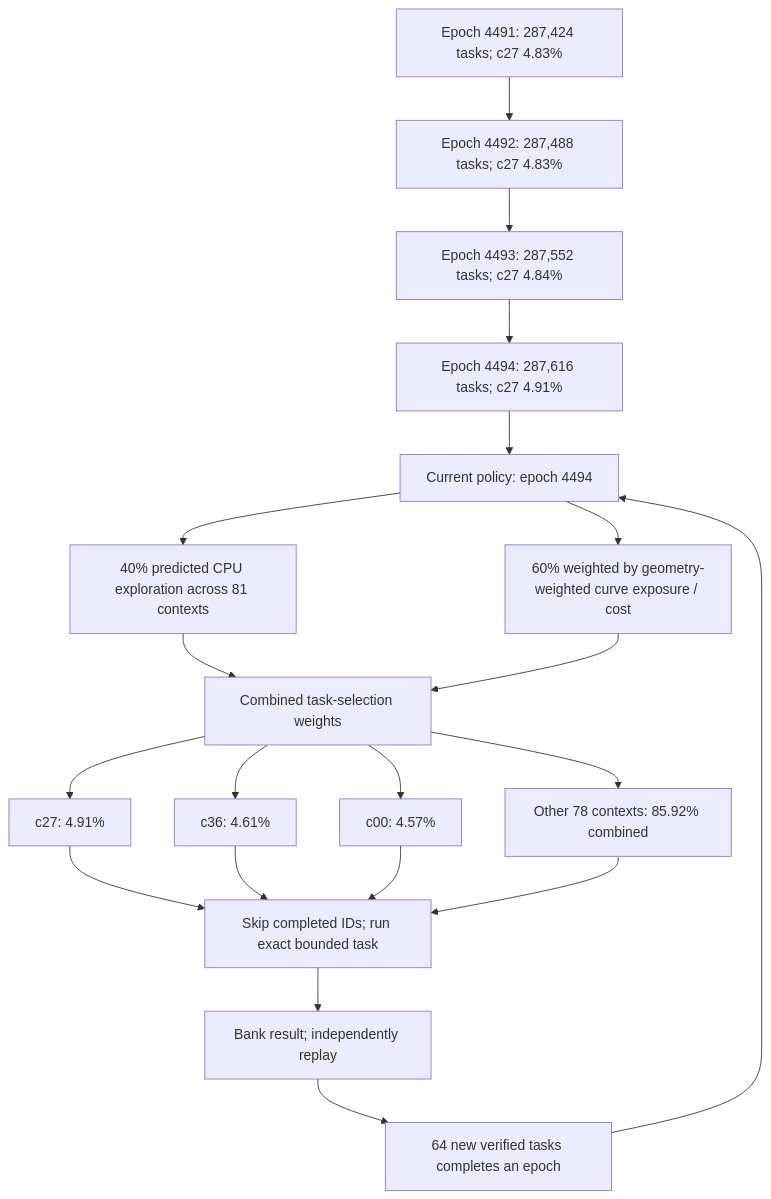
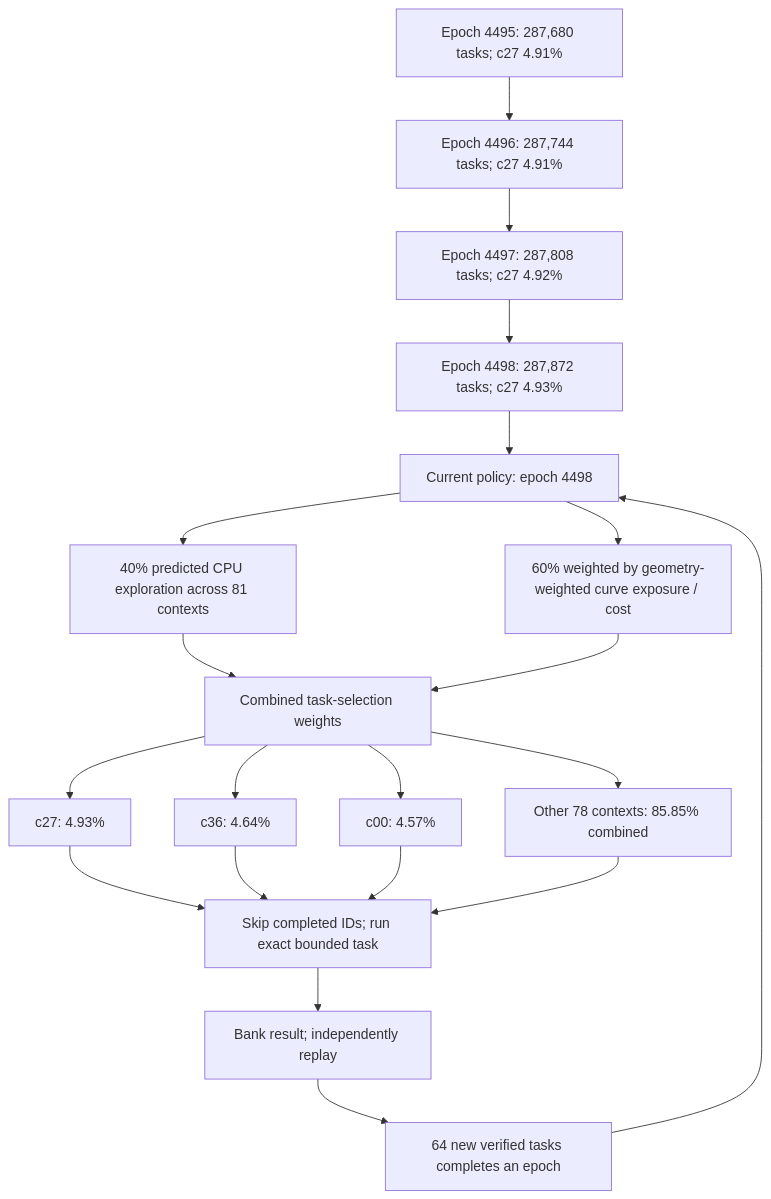
Before and after one commit to Kuberwastaken/math-gambling: the first of 3 diagrams in README.md, drawn with Mermaid. The commit also changed other lines of this file and 2728 other files, not shown here.

````diff
--- a/README.md
+++ b/README.md
@@ -60,27 +60,27 @@
 ```mermaid
 flowchart TD
-    H0["Epoch 4491: 287,424 tasks; c27 4.83%"]
-    H1["Epoch 4492: 287,488 tasks; c27 4.83%"]
+    H0["Epoch 4495: 287,680 tasks; c27 4.91%"]
+    H1["Epoch 4496: 287,744 tasks; c27 4.91%"]
     H0 --> H1
-    H2["Epoch 4493: 287,552 tasks; c27 4.84%"]
+    H2["Epoch 4497: 287,808 tasks; c27 4.92%"]
     H1 --> H2
-    H3["Epoch 4494: 287,616 tasks; c27 4.91%"]
+    H3["Epoch 4498: 287,872 tasks; c27 4.93%"]
     H2 --> H3
-    Policy["Current policy: epoch 4494"]
+    Policy["Current policy: epoch 4498"]
     H3 --> Policy
     Policy --> Explore["40% predicted CPU exploration across 81 contexts"]
     Policy --> Cost["60% weighted by geometry-weighted curve exposure / cost"]
     Explore --> Mix["Combined task-selection weights"]
     Cost --> Mix
-    Mix --> C0["c27: 4.91%"]
-    Mix --> C1["c36: 4.61%"]
+    Mix --> C0["c27: 4.93%"]
+    Mix --> C1["c36: 4.64%"]
     Mix --> C2["c00: 4.57%"]
-    Mix --> Rest["Other 78 contexts: 85.92% combined"]
+    Mix --> Rest["Other 78 contexts: 85.85% combined"]
     C0 --> Check["Skip completed IDs; run exact bounded task"]
     C1 --> Check
     C2 --> Check
     Rest --> Check
     Check --> Replay["Bank result; independently replay"]
     Replay --> Gate["64 new verified tasks completes an epoch"]
     Gate --> Policy
 ```
````
